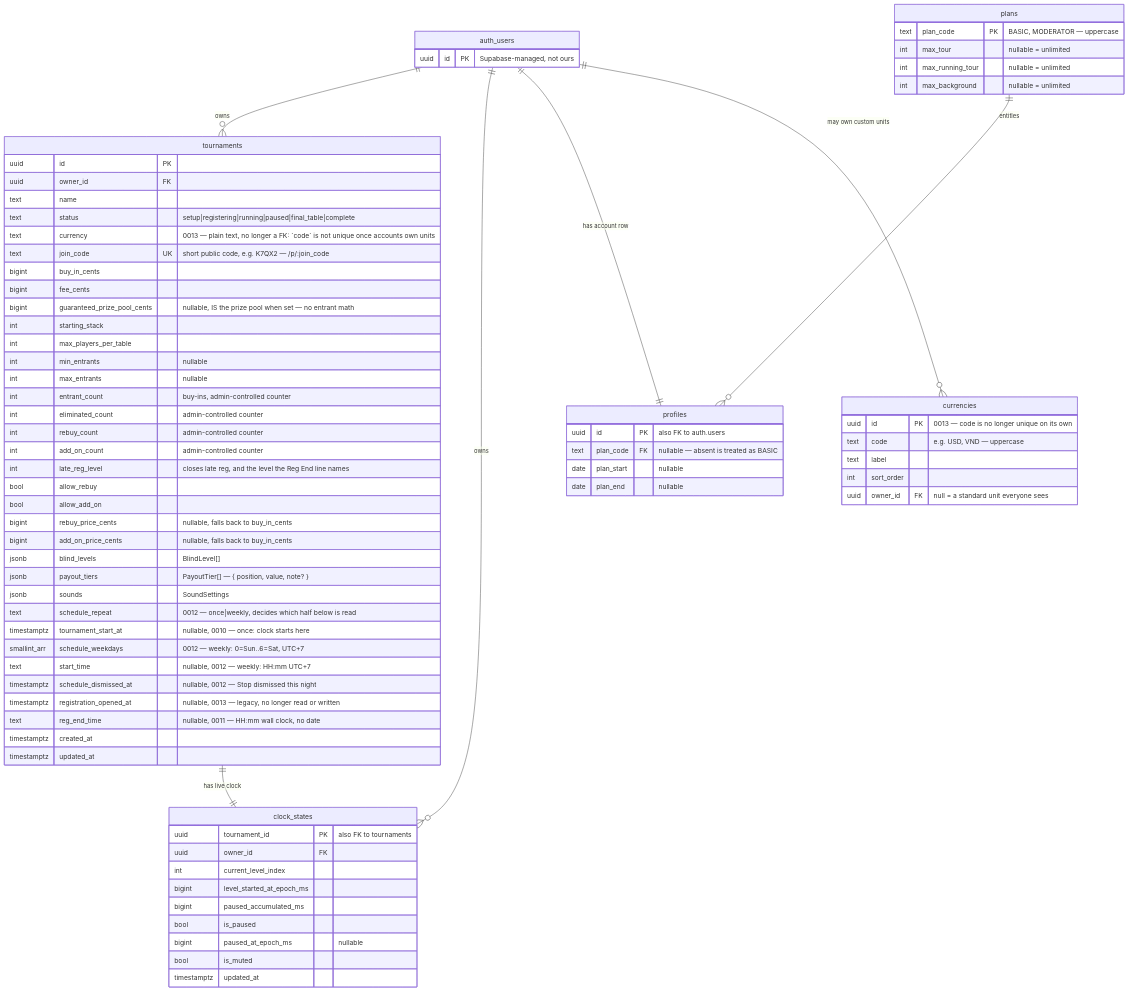
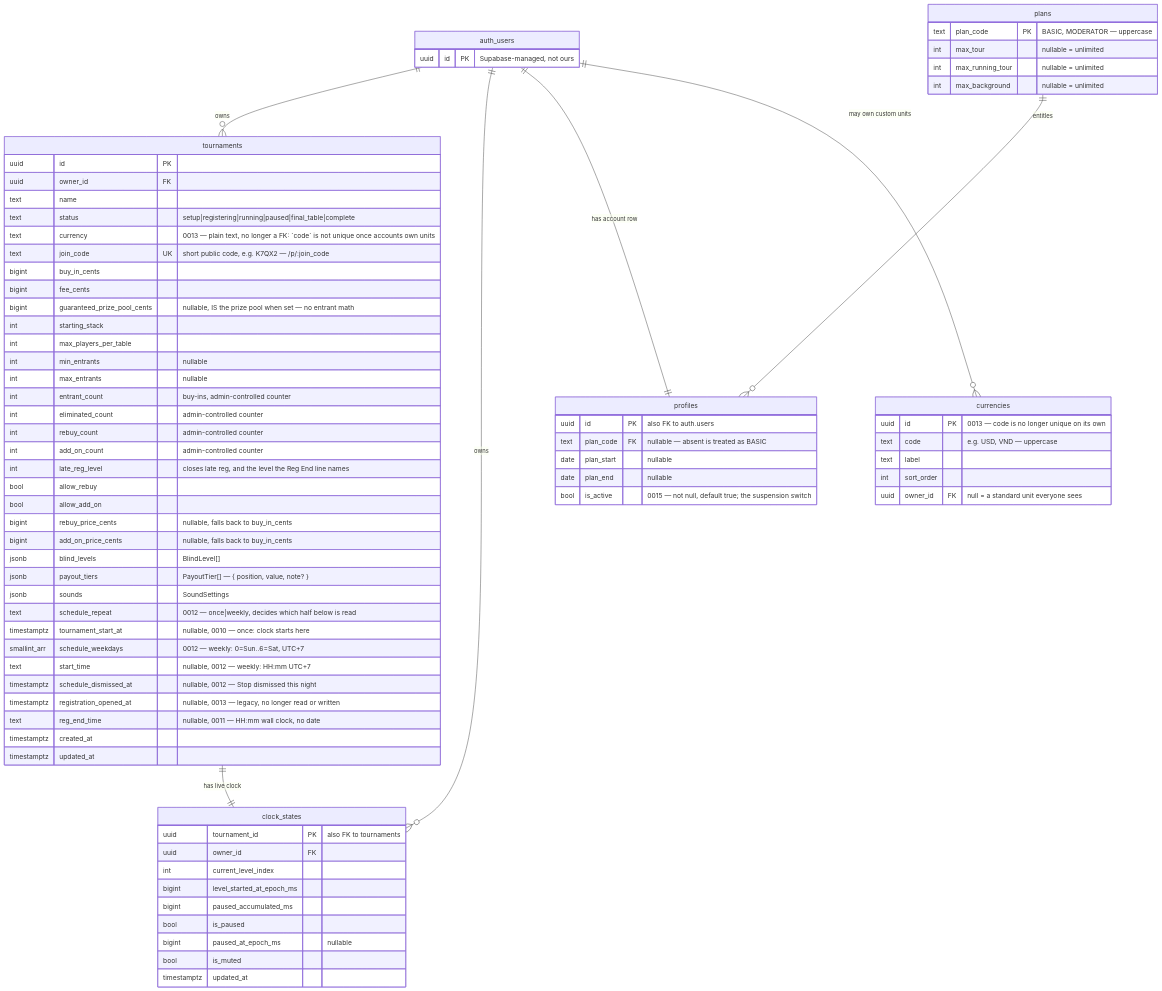
Before and after one commit to gaubacuc56/poker-clock: the diagram in supabase/SCHEMA.md, drawn with Mermaid. The commit also changed other lines of this file and 13 other files, not shown here.

```diff
--- a/supabase/SCHEMA.md
+++ b/supabase/SCHEMA.md
@@ -27,6 +27,7 @@
         text plan_code FK "nullable — absent is treated as BASIC"
         date plan_start "nullable"
         date plan_end "nullable"
+        bool is_active "0015 — not null, default true; the suspension switch"
     }
 
     currencies {
```
